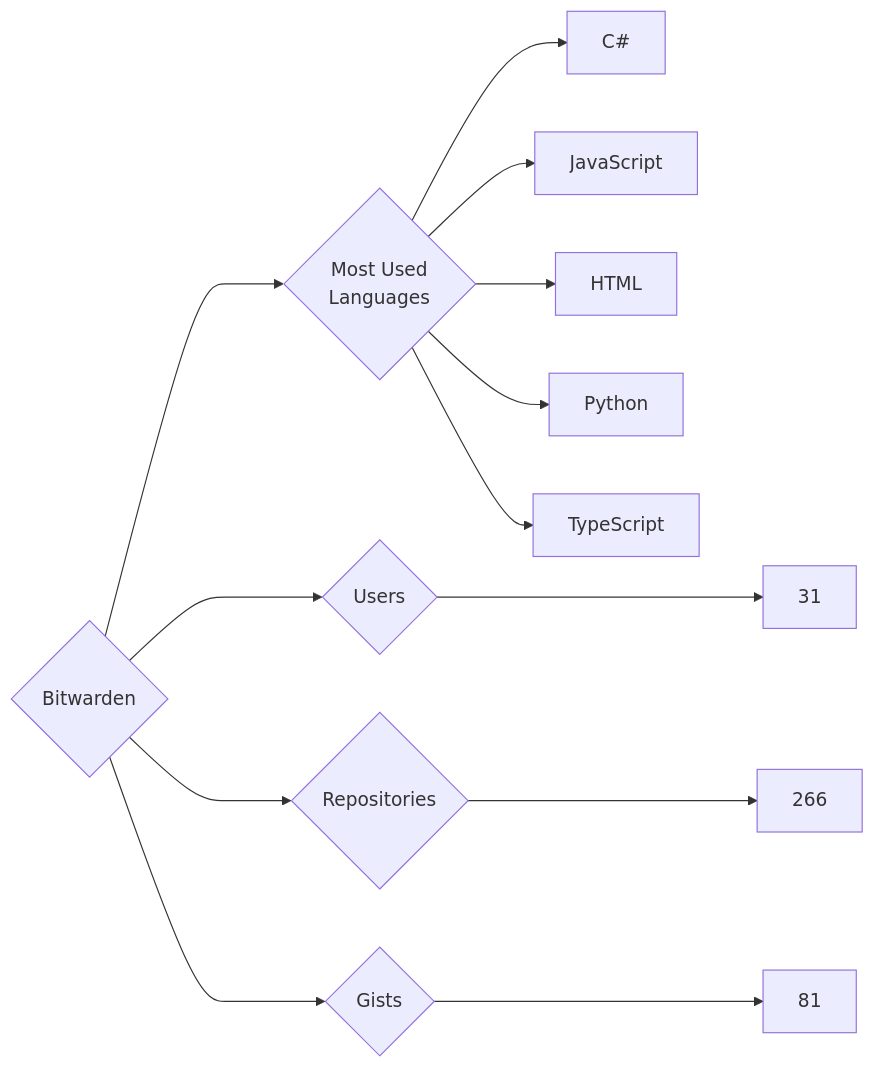
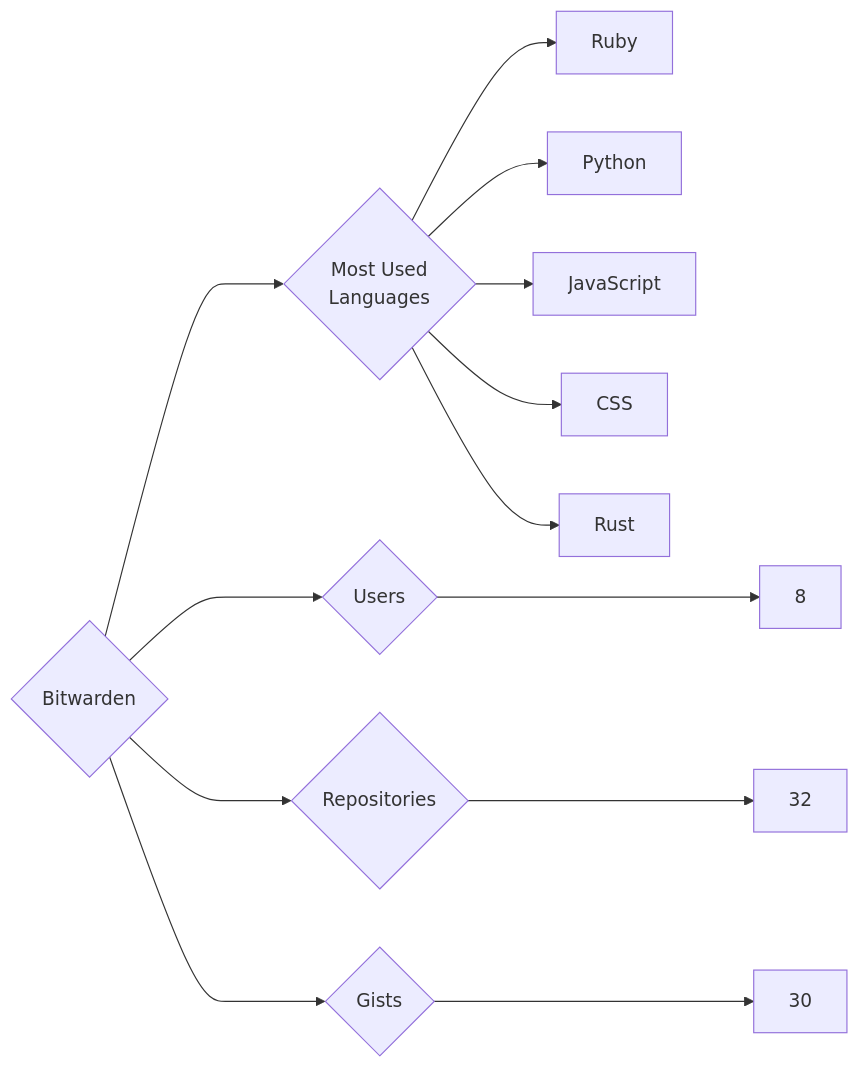
One commit to trickest/insiders changed the diagram in targets/Bitwarden/README.md. Above: the diagram before and after it, drawn with Mermaid. The commit also changed 934 other files, not shown here.

````diff
--- a/targets/Bitwarden/README.md
+++ b/targets/Bitwarden/README.md
@@ -3,13 +3,13 @@
 ```mermaid
 graph LR
 COMPANY_NAME{Bitwarden}
-COMPANY_NAME ---> U{Users} ---> UN[31]
-COMPANY_NAME ---> R{Repositories} ---> RN[266]
-COMPANY_NAME ---> G{Gists} ---> GN[81]
+COMPANY_NAME ---> U{Users} ---> UN[8]
+COMPANY_NAME ---> R{Repositories} ---> RN[32]
+COMPANY_NAME ---> G{Gists} ---> GN[30]
 COMPANY_NAME ---> ML{Most Used<br>Languages}
-ML --> C#[C#]
+ML --> Ruby[Ruby]
+ML --> Python[Python]
 ML --> JavaScript[JavaScript]
-ML --> HTML[HTML]
-ML --> Python[Python]
-ML --> TypeScript[TypeScript]
+ML --> CSS[CSS]
+ML --> Rust[Rust]
 ```
````
